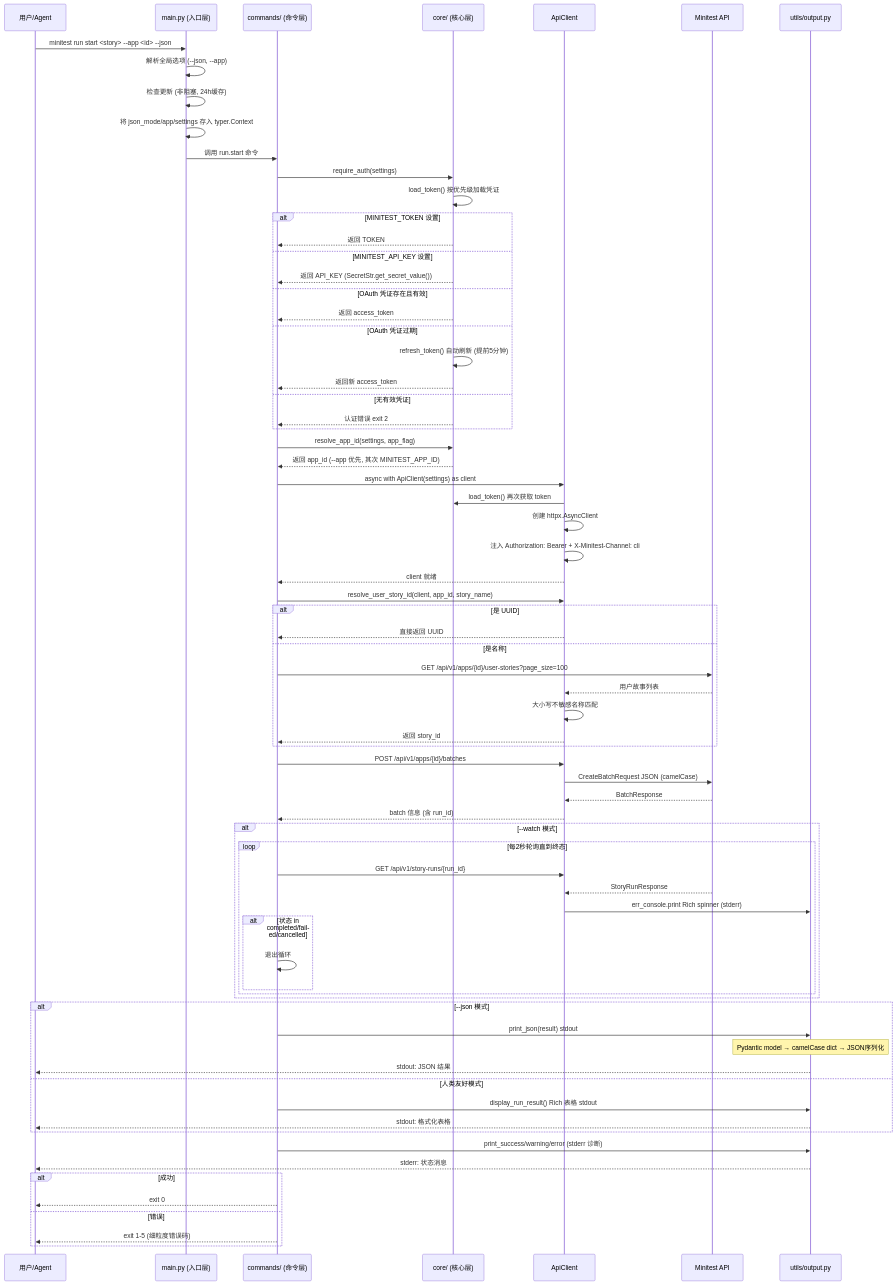
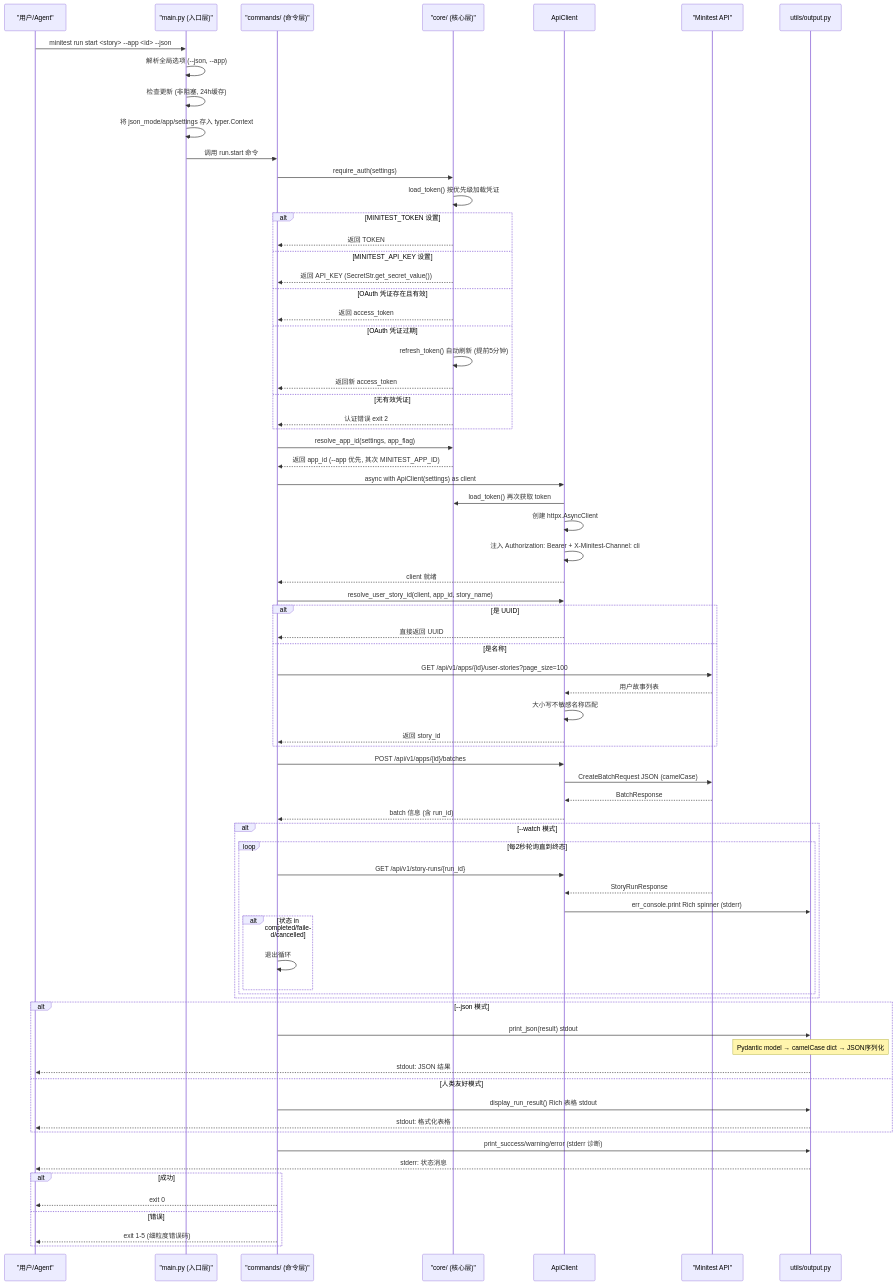
Before and after one commit to xinetzone/SpecWeave: the fourth of 4 diagrams in .trae/specs/retrospectives-insights/minitest-ecosystem-deep-analysis/minitest-ecosystem-insight-report.md, drawn with Mermaid. The commit also changed other lines of this file and 68 other files, not shown here.

First line of the commit message:
fix(ci): 修复 740 个 Mermaid 合规错误通过 Step 7 检查

````diff
--- a/.trae/specs/retrospectives-insights/minitest-ecosystem-deep-analysis/minitest-ecosystem-insight-report.md
+++ b/.trae/specs/retrospectives-insights/minitest-ecosystem-deep-analysis/minitest-ecosystem-insight-report.md
@@ -464,19 +447,17 @@
 ```mermaid
 sequenceDiagram
-    participant User as 用户/Agent
-    participant Main as main.py (入口层)
-    participant Cmd as commands/ (命令层)
-    participant Core as core/ (核心层)
+    participant User as "用户/Agent"
+    participant Main as "main.py (入口层)"
+    participant Cmd as "commands/ (命令层)"
+    participant Core as "core/ (核心层)"
     participant Client as ApiClient
-    participant API as Minitest API
+    participant API as "Minitest API"
     participant Out as utils/output.py
-
     User->>Main: minitest run start <story> --app <id> --json
     Main->>Main: 解析全局选项 (--json, --app)
     Main->>Main: 检查更新 (非阻塞, 24h缓存)
     Main->>Main: 将 json_mode/app/settings 存入 typer.Context
     Main->>Cmd: 调用 run.start 命令
-
     Cmd->>Core: require_auth(settings)
     Core->>Core: load_token() 按优先级加载凭证
     alt MINITEST_TOKEN 设置
@@ -491,16 +472,13 @@
     else 无有效凭证
         Core-->>Cmd: 认证错误 exit 2
     end
-
     Cmd->>Core: resolve_app_id(settings, app_flag)
     Core-->>Cmd: 返回 app_id (--app 优先, 其次 MINITEST_APP_ID)
-
     Cmd->>Client: async with ApiClient(settings) as client
     Client->>Core: load_token() 再次获取 token
     Client->>Client: 创建 httpx.AsyncClient
     Client->>Client: 注入 Authorization: Bearer + X-Minitest-Channel: cli
     Client-->>Cmd: client 就绪
-
     Cmd->>Client: resolve_user_story_id(client, app_id, story_name)
     alt 是 UUID
         Client-->>Cmd: 直接返回 UUID
@@ -510,12 +488,10 @@
         Client->>Client: 大小写不敏感名称匹配
         Client-->>Cmd: 返回 story_id
     end
-
     Cmd->>Client: POST /api/v1/apps/{id}/batches
     Client->>API: CreateBatchRequest JSON (camelCase)
     API-->>Client: BatchResponse
     Client-->>Cmd: batch 信息 (含 run_id)
-
     alt --watch 模式
         loop 每2秒轮询直到终态
             Cmd->>Client: GET /api/v1/story-runs/{run_id}
@@ -526,7 +502,6 @@
             end
         end
     end
-
     alt --json 模式
         Cmd->>Out: print_json(result) stdout
         Note over Out: Pydantic model → camelCase dict → JSON序列化
@@ -535,10 +510,8 @@
         Cmd->>Out: display_run_result() Rich 表格 stdout
         Out-->>User: stdout: 格式化表格
     end
-
     Cmd->>Out: print_success/warning/error (stderr 诊断)
     Out-->>User: stderr: 状态消息
-
     alt 成功
         Cmd-->>User: exit 0
     else 错误
````
